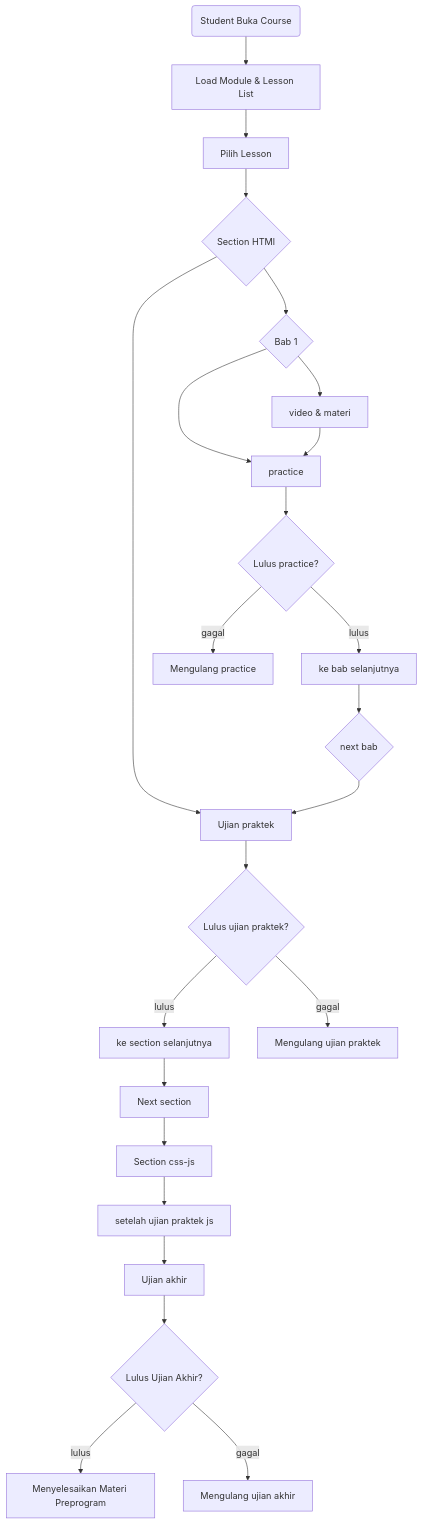
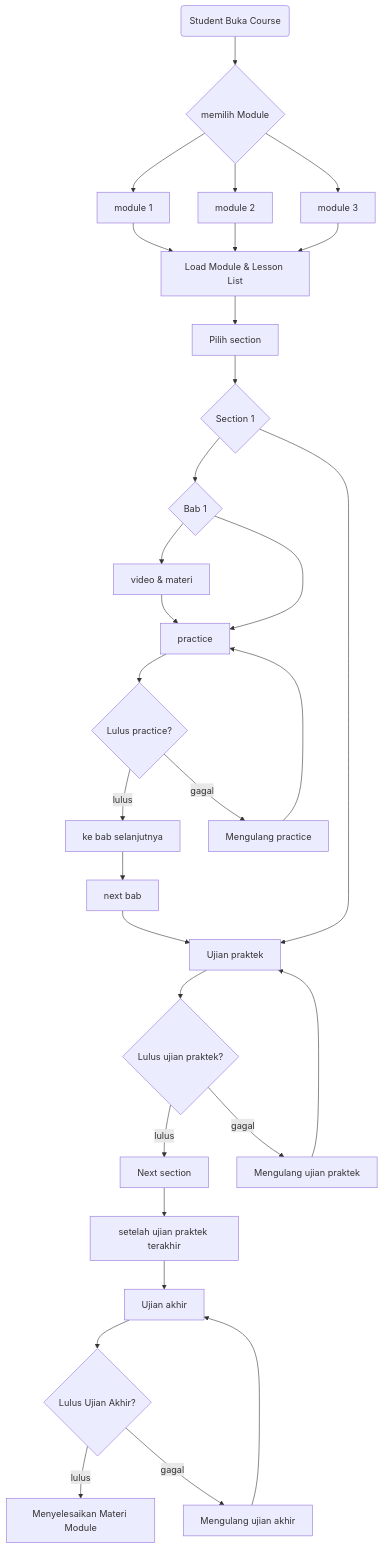
One commit to acountcodm2704-blip/Flow-chart changed the diagram in README.md. Above: the diagram before and after it, drawn with Mermaid.

````diff
--- a/README.md
+++ b/README.md
@@ -2,29 +2,38 @@
 ```mermaid
 flowchart TD
-A(Student Buka Course) --> B[Load Module & Lesson List]
-B --> C[Pilih Lesson]
-C --> D{Section HTMl}
+A(Student Buka Course) --> B{memilih Module}
+B --> A2[module 1]
+B --> A3[module 2]
+B --> A4[module 3]
+A2 --> A1
+A3 --> A1
+A4 --> A1[Load Module & Lesson List]
+A1 --> C[Pilih section]
+C --> D{Section 1}
 D --> E{Bab 1}
 D --> F[Ujian praktek]
 E --> G[video & materi]
 E --> H[practice]
 G --> H
 H --> I{Lulus practice?}
 I --> |lulus| J[ke bab selanjutnya]
 I --> |gagal| K[Mengulang practice]
-J --> L{next bab}
+K --> H
+J --> L[next bab]
 L --> F
 F --> M{Lulus ujian praktek?}
-M --> |lulus| N[ke section selanjutnya]
+M --> |lulus| N[Next section]
 M --> |gagal| O[Mengulang ujian praktek]
-N --> P[Next section]
-P --> Q[Section css-js]
-Q --> R[setelah ujian praktek js]
+O --> F
+
+
+N --> R[setelah ujian praktek terakhir]
 R --> S[Ujian akhir]
 S --> U{Lulus Ujian Akhir?}
-U --> |lulus| V[Menyelesaikan Materi Preprogram]
+U --> |lulus| V[Menyelesaikan Materi Module]
 U --> |gagal| W[Mengulang ujian akhir]
+W --> S
 
 
    
 ```
````
